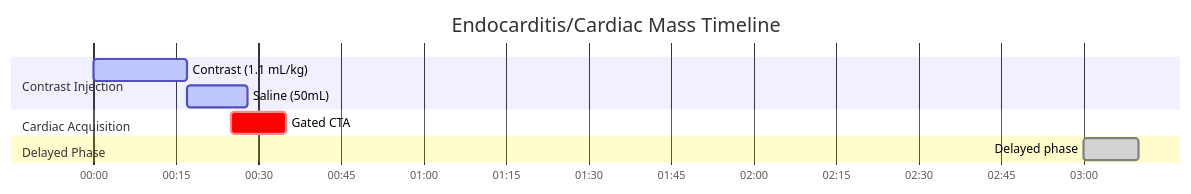
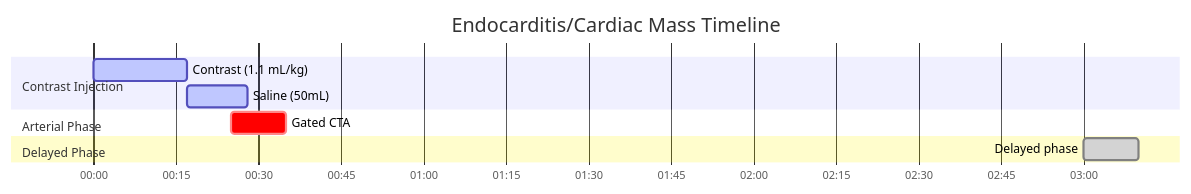
Before and after one commit to dfergs93/radiology-protocols: the diagram in docs/ct/cardiac/endocarditiscardiac-mass.md, drawn with Mermaid. The commit also changed 79 other files, not shown here.

````diff
--- a/docs/ct/cardiac/endocarditiscardiac-mass.md
+++ b/docs/ct/cardiac/endocarditiscardiac-mass.md
@@ -86,18 +86,18 @@
   ```mermaid
   ---
   config:
     theme: default
   ---
     gantt
       title Endocarditis/Cardiac Mass Timeline
       dateFormat mm:ss
       axisFormat %M:%S 
       
       section Contrast Injection
       Contrast (1.1 mL/kg)    :active, contrast, 00:00, 17s
       Saline (50mL)          :active, saline, after contrast, 11s
-      section Cardiac Acquisition
-      Gated CTA    :crit, scan2, 00:25, 10s
+      section Arterial Phase
+      Gated CTA    :crit, scan1, 00:25, 10s
       section Delayed Phase
-      Delayed phase    :done, scan3, 03:00, 10s
+      Delayed phase    :done, scan2, 03:00, 10s
   ```
````
